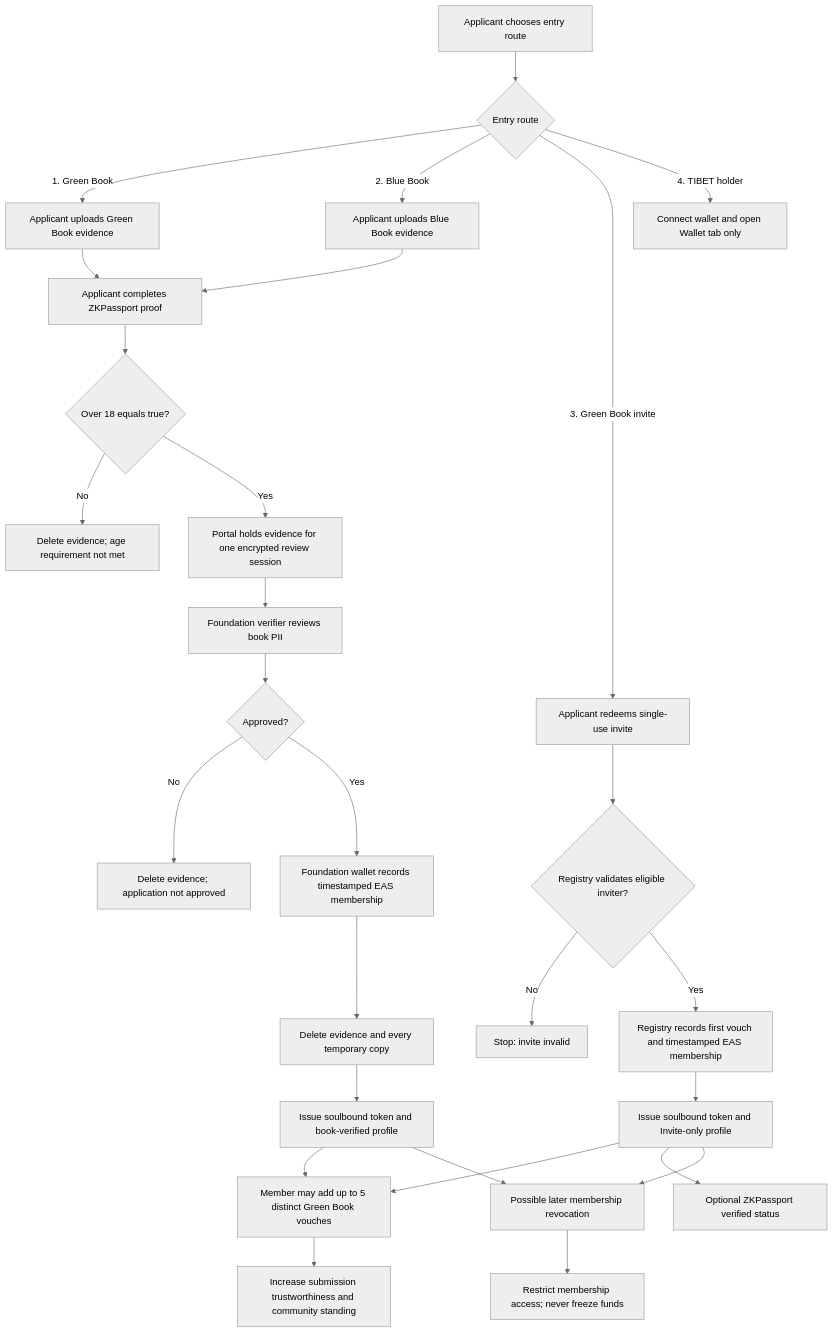
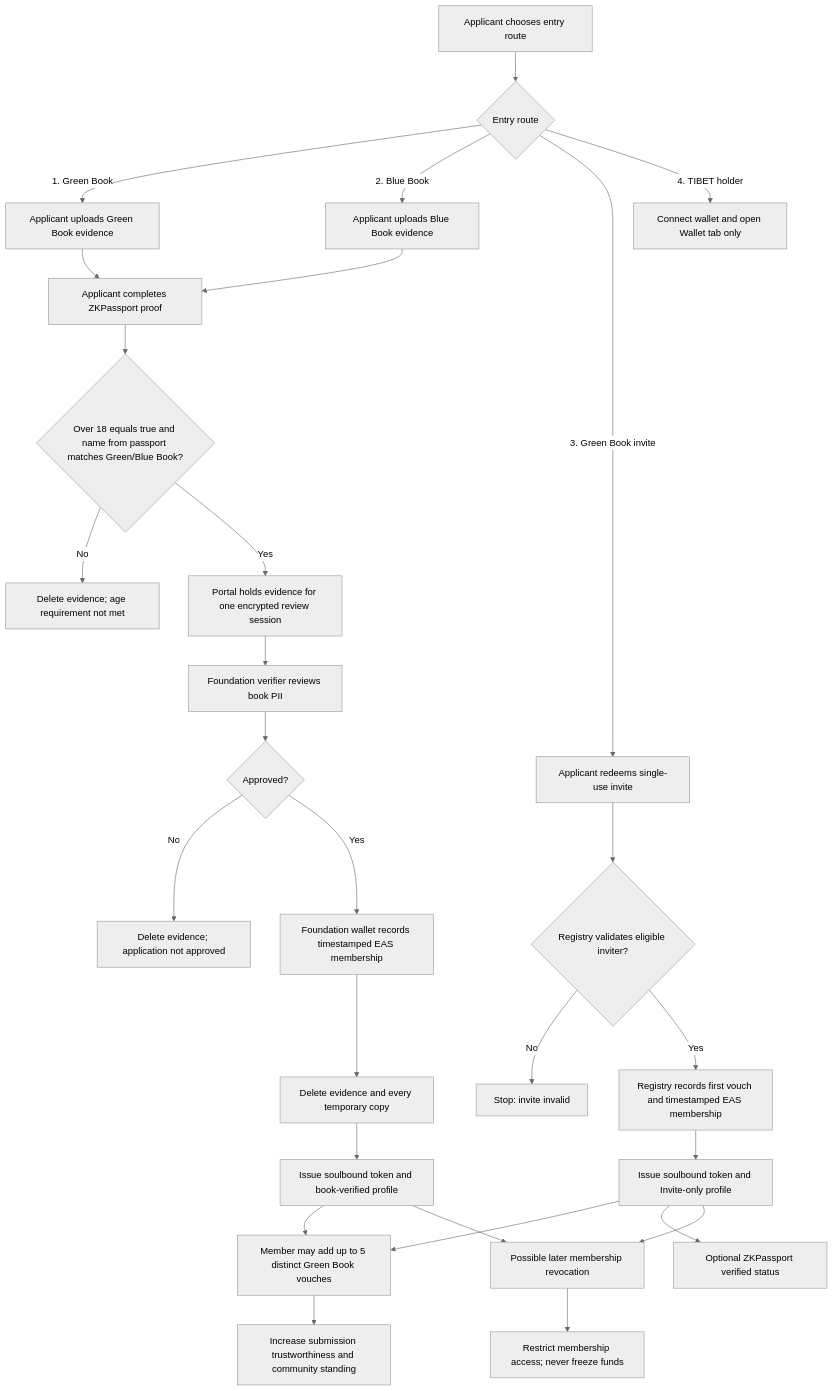
Before and after one commit to AlexJupiter/tibetan-id: the first of 6 diagrams in README.md, drawn with Mermaid (neutral theme).

Commit message:
Clarify master ZKPassport check

````diff
--- a/README.md
+++ b/README.md
@@ -10,34 +10,34 @@
 ```mermaid
 flowchart TD
     A[Applicant chooses entry route] --> B{Entry route}
 
     B -->|1. Green Book| C[Applicant uploads Green Book evidence]
     B -->|2. Blue Book| D[Applicant uploads Blue Book evidence]
     C --> E[Applicant completes ZKPassport proof]
     D --> E
-    E --> F{Over 18 equals true?}
+    E --> F{Over 18 equals true and name from passport matches Green/Blue Book?}
     F -->|No| F0[Delete evidence; age requirement not met]
     F -->|Yes| G[Portal holds evidence for one encrypted review session]
     G --> H[Foundation verifier reviews book PII]
     H --> I{Approved?}
     I -->|No| I0[Delete evidence; application not approved]
     I -->|Yes| J[Foundation wallet records timestamped EAS membership]
 
     B -->|3. Green Book invite| K[Applicant redeems single-use invite]
     K --> L{Registry validates eligible inviter?}
     L -->|No| L0[Stop: invite invalid]
     L -->|Yes| M[Registry records first vouch and timestamped EAS membership]
 
     B -->|4. TIBET holder| N[Connect wallet and open Wallet tab only]
 
     J --> J0[Delete evidence and every temporary copy]
     J0 --> O[Issue soulbound token and book-verified profile]
     M --> P[Issue soulbound token and Invite-only profile]
     O --> Q[Member may add up to 5 distinct Green Book vouches]
     P --> Q
     P --> R[Optional ZKPassport verified status]
     Q --> S[Increase submission trustworthiness and community standing]
     O --> T[Possible later membership revocation]
     P --> T
     T --> U[Restrict membership access; never freeze funds]
 ```
````
